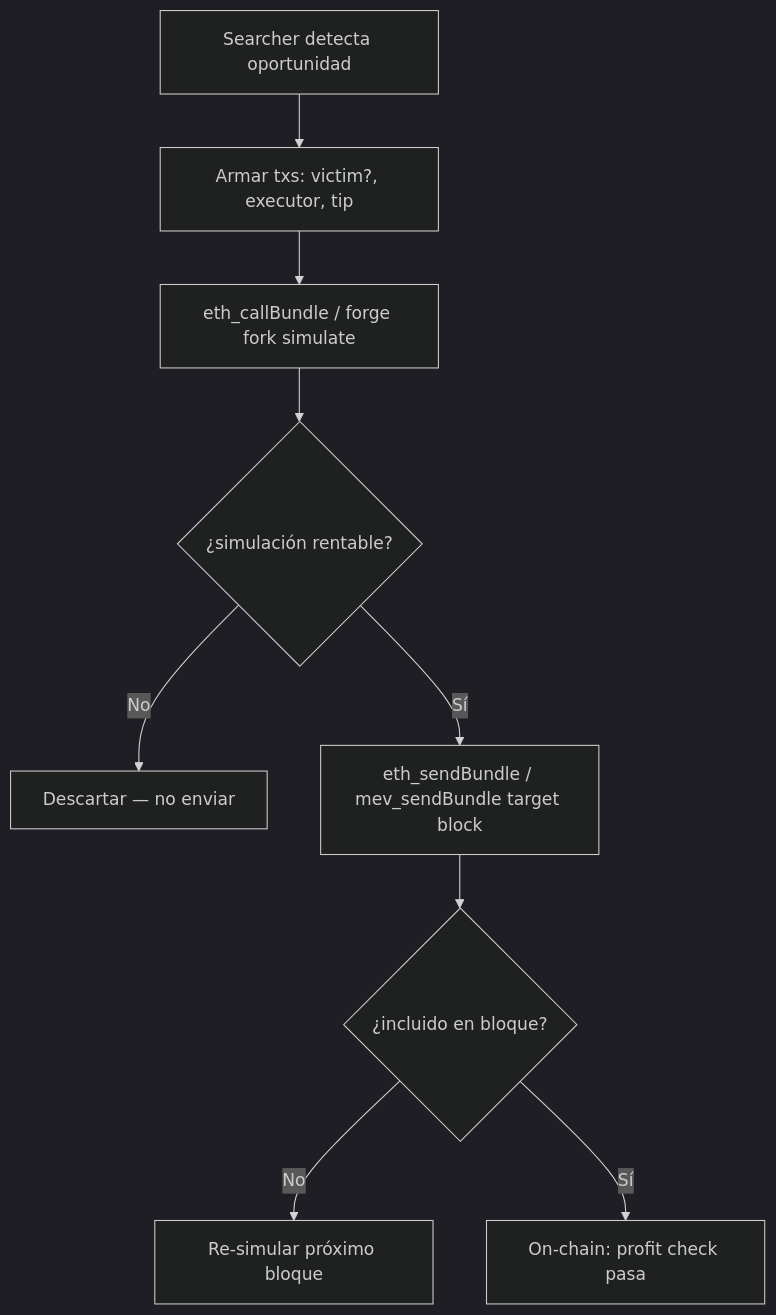
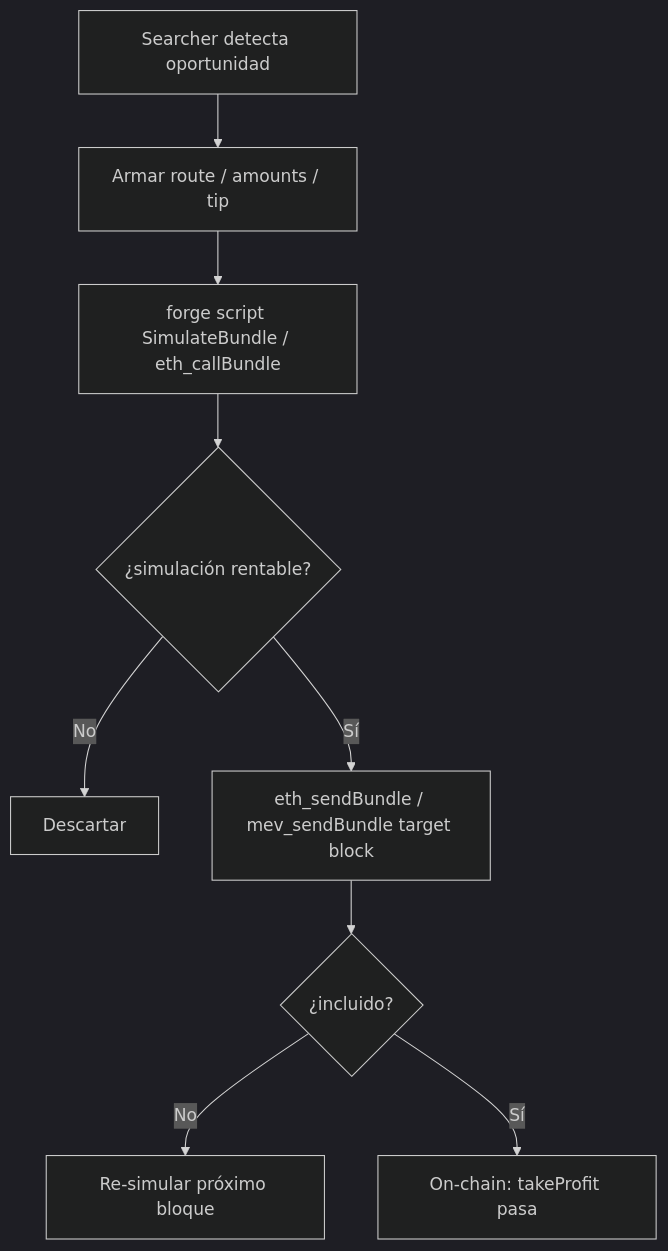
One commit to rastrahm/mev-hft-infra changed the seventh of 9 diagrams in doc/diagrama-de-flujo.md. Above: the diagram before and after it, drawn with Mermaid (dark theme). The commit also changed other lines of this file and 5 other files, not shown here.

````diff
--- a/doc/diagrama-de-flujo.md
+++ b/doc/diagrama-de-flujo.md
@@ -109,11 +111,11 @@
 ```mermaid
 flowchart TD
-    A[Searcher detecta oportunidad] --> B[Armar txs: victim?, executor, tip]
-    B --> C[eth_callBundle / forge fork simulate]
+    A[Searcher detecta oportunidad] --> B[Armar route / amounts / tip]
+    B --> C[forge script SimulateBundle / eth_callBundle]
     C --> D{¿simulación rentable?}
-    D -->|No| E[Descartar — no enviar]
+    D -->|No| E[Descartar]
     D -->|Sí| F[eth_sendBundle / mev_sendBundle target block]
-    F --> G{¿incluido en bloque?}
+    F --> G{¿incluido?}
     G -->|No| H[Re-simular próximo bloque]
-    G -->|Sí| I[On-chain: profit check pasa]
+    G -->|Sí| I[On-chain: takeProfit pasa]
 ```
````
